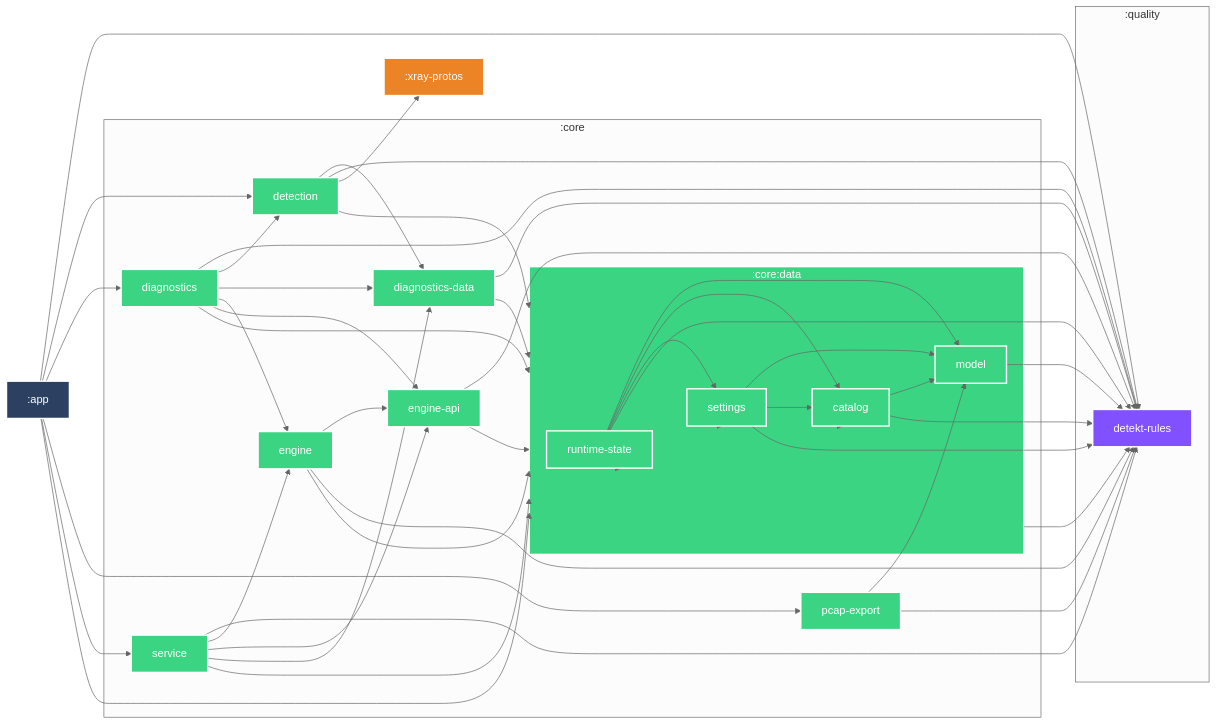
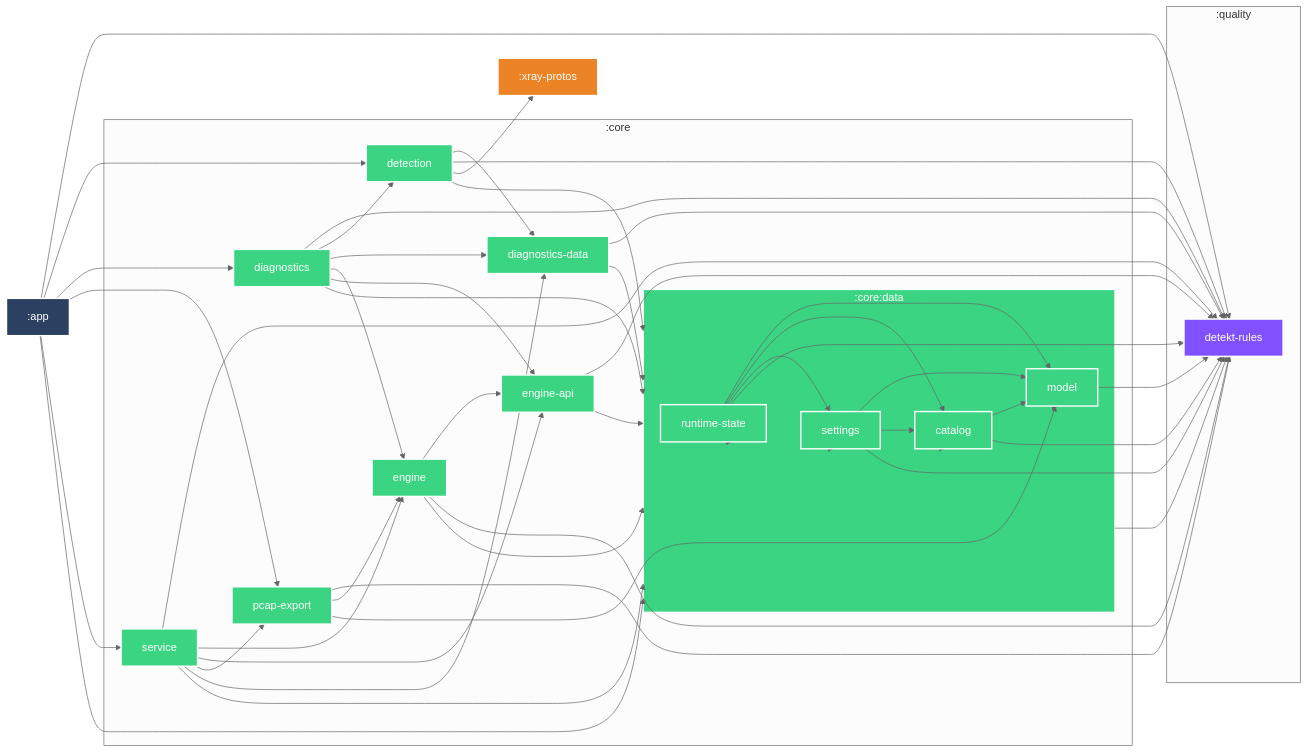
The diagram in docs/architecture/MODULE_GRAPH.md (po4yka/RIPDPI), drawn with Mermaid before and after one commit. The commit also changed other lines of this file and 5 other files, not shown here.

First line of the commit message:
docs: correct architecture drift against module and crate reality

```diff
--- a/docs/architecture/MODULE_GRAPH.md
+++ b/docs/architecture/MODULE_GRAPH.md
@@ -21,9 +22,9 @@
     :core:service["service"]
     :core:engine["engine"]
     :core:engine-api["engine-api"]
+    :core:pcap-export["pcap-export"]
     :core:data["data"]
     :core:diagnostics-data["diagnostics-data"]
-    :core:pcap-export["pcap-export"]
     :core:detection["detection"]
     :core:diagnostics["diagnostics"]
   end
@@ -42,11 +43,13 @@
   :core:service --> :quality:detekt-rules
   :core:service --> :core:engine
   :core:service --> :core:engine-api
+  :core:service --> :core:pcap-export
   :core:service --> :core:data
   :core:service --> :core:diagnostics-data
   :core:engine-api --> :quality:detekt-rules
   :core:engine-api --> :core:data
   :core:pcap-export --> :quality:detekt-rules
+  :core:pcap-export --> :core:engine
   :core:pcap-export --> :core:data:model
   :core:diagnostics-data --> :quality:detekt-rules
   :core:diagnostics-data --> :core:data
@@ -93,9 +96,9 @@
 class :core:service android-library
 class :core:engine android-library
 class :core:engine-api android-library
+class :core:pcap-export android-library
 class :core:data android-library
 class :core:diagnostics-data android-library
-class :core:pcap-export android-library
 class :app android-application
 class :core:detection android-library
 class :core:diagnostics android-library
```
